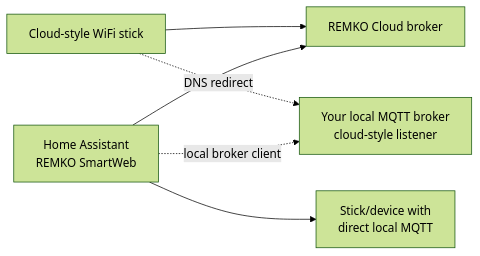
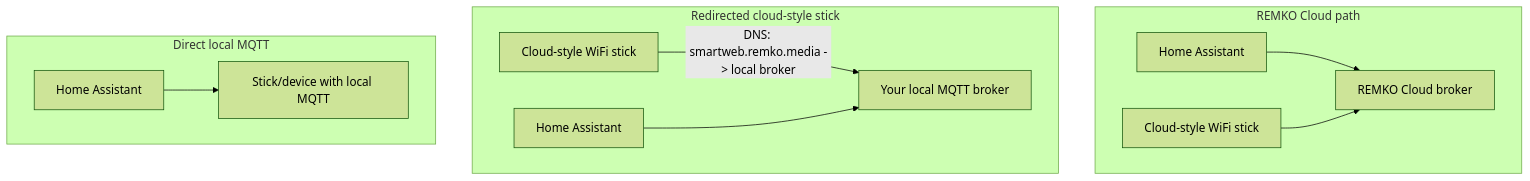
Before and after one commit to Christoph-87/remko-smartweb-ha: the diagram in docs/local_connection_modes.md, drawn with Mermaid (forest theme). The commit also changed 1 other file, not shown here.

Commit message:
docs: separate local connection diagram paths

````diff
--- a/docs/local_connection_modes.md
+++ b/docs/local_connection_modes.md
@@ -23,11 +23,16 @@
 ```mermaid
-flowchart LR
-  Stick["Cloud-style WiFi stick"]
-  Stick --> Cloud["REMKO Cloud broker"]
-  HA["Home Assistant<br/>REMKO SmartWeb"] --> Cloud
+flowchart TB
+  subgraph cloud["REMKO Cloud path"]
+    HACloud["Home Assistant"] --> Cloud["REMKO Cloud broker"]
+    StickCloud["Cloud-style WiFi stick"] --> Cloud
+  end
 
-  Stick -. DNS redirect .-> Broker["Your local MQTT broker<br/>cloud-style listener"]
-  HA -. local broker client .-> Broker
+  subgraph redirect["Redirected cloud-style stick"]
+    StickRedirect["Cloud-style WiFi stick"] -->|"DNS: smartweb.remko.media -> local broker"| Broker["Your local MQTT broker"]
+    HARedirect["Home Assistant"] --> Broker
+  end
 
-  HA --> Direct["Stick/device with<br/>direct local MQTT"]
+  subgraph direct["Direct local MQTT"]
+    HADirect["Home Assistant"] --> Direct["Stick/device with local MQTT"]
+  end
 ```
````
